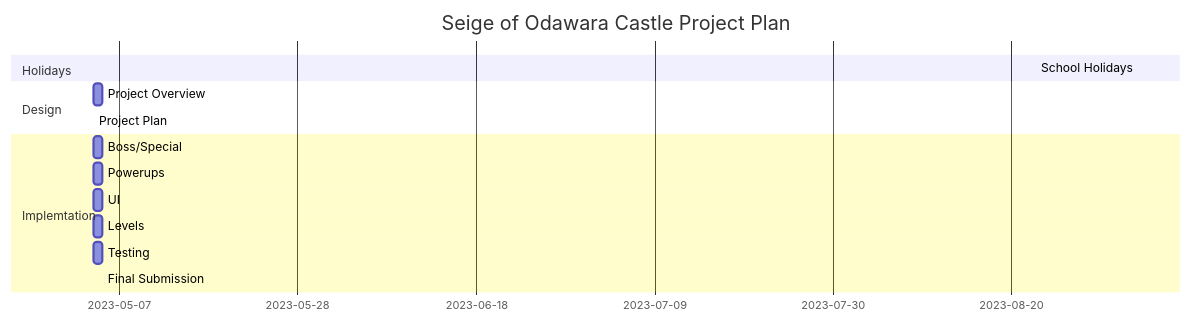
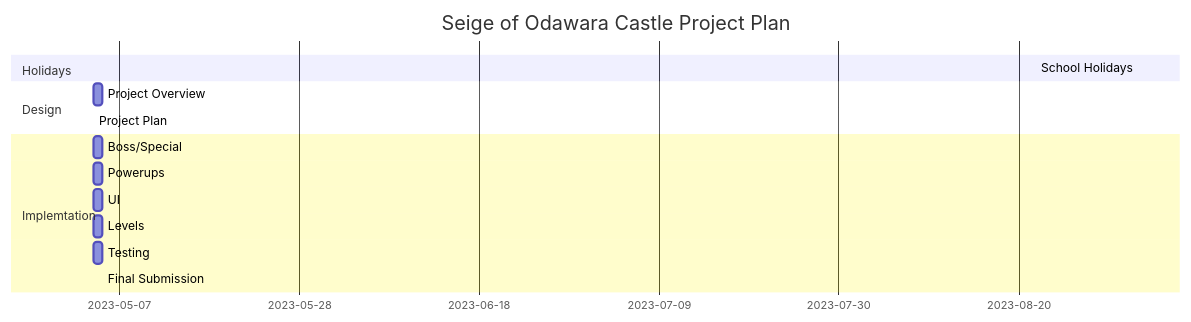
The diagram in design.md (0628222/Space-Invaders), drawn with Mermaid before and after one commit.

Commit message:
time trail 2

````diff
--- a/design.md
+++ b/design.md
@@ -24,22 +24,22 @@
 ```mermaid 
 gantt
     title Seige of Odawara Castle Project Plan
     dateFormat DD-MM-YY
     dateFormat %d-%B
     tickInterval 3week
     
     section Holidays 
-    School Holidays:09-04-23, 23-04-23
+    School Holidays:09-03-23, 23-04-23
 
     section Design 
     Project Overview:05-04-23, 1d
     Project Plan:05-04-23, 24-04-23
 
     section Implemtation
     Boss/Special:05-04-23, 1d
     Powerups: 05-04-23, 1d
     UI: 05-04-23, 1d
     Levels: 05-04-23, 1d
     Testing: 05-04-23, 1d
     Final Submission: 07-06-23 1d
 ```
````
